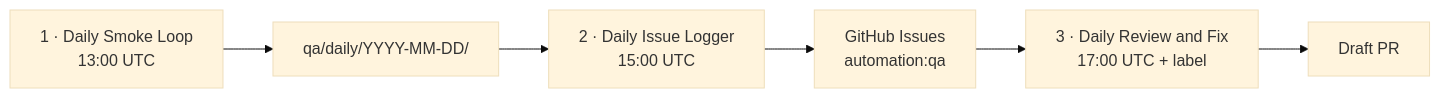
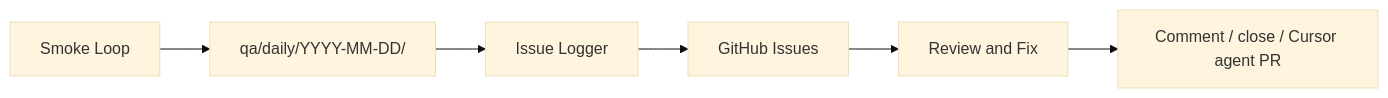
The diagram in docs/automations/daily-qa-loop.md (Triple-dylan/CampaignOS), drawn with Mermaid (base theme) before and after one commit. The commit also changed other lines of this file and 9 other files, not shown here.

First line of the commit message:
Run the daily QA loop via GitHub Actions.

````diff
--- a/docs/automations/daily-qa-loop.md
+++ b/docs/automations/daily-qa-loop.md
@@ -5,8 +15,8 @@
 ```mermaid
 flowchart LR
-  A["1 · Daily Smoke Loop<br/>13:00 UTC"] --> B["qa/daily/YYYY-MM-DD/"]
-  B --> C["2 · Daily Issue Logger<br/>15:00 UTC"]
-  C --> D["GitHub Issues<br/>automation:qa"]
-  D --> E["3 · Daily Review and Fix<br/>17:00 UTC + label"]
-  E --> F["Draft PR"]
+  A["Smoke Loop"] --> B["qa/daily/YYYY-MM-DD/"]
+  B --> C["Issue Logger"]
+  C --> D["GitHub Issues"]
+  D --> E["Review and Fix"]
+  E --> F["Comment / close / Cursor agent PR"]
 ```
````
